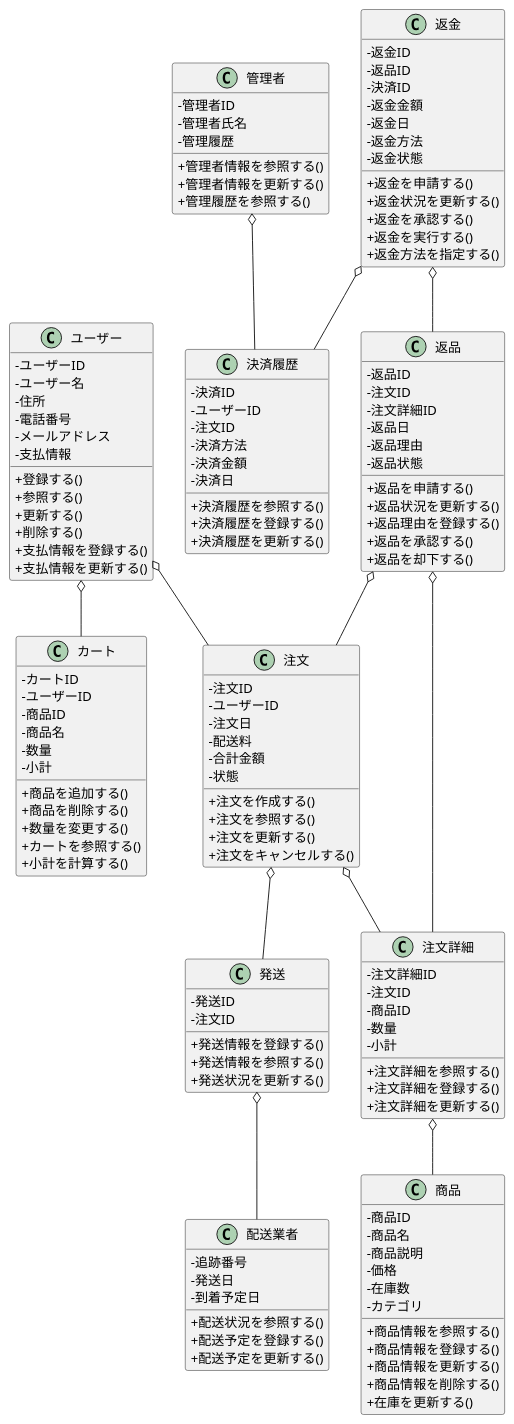
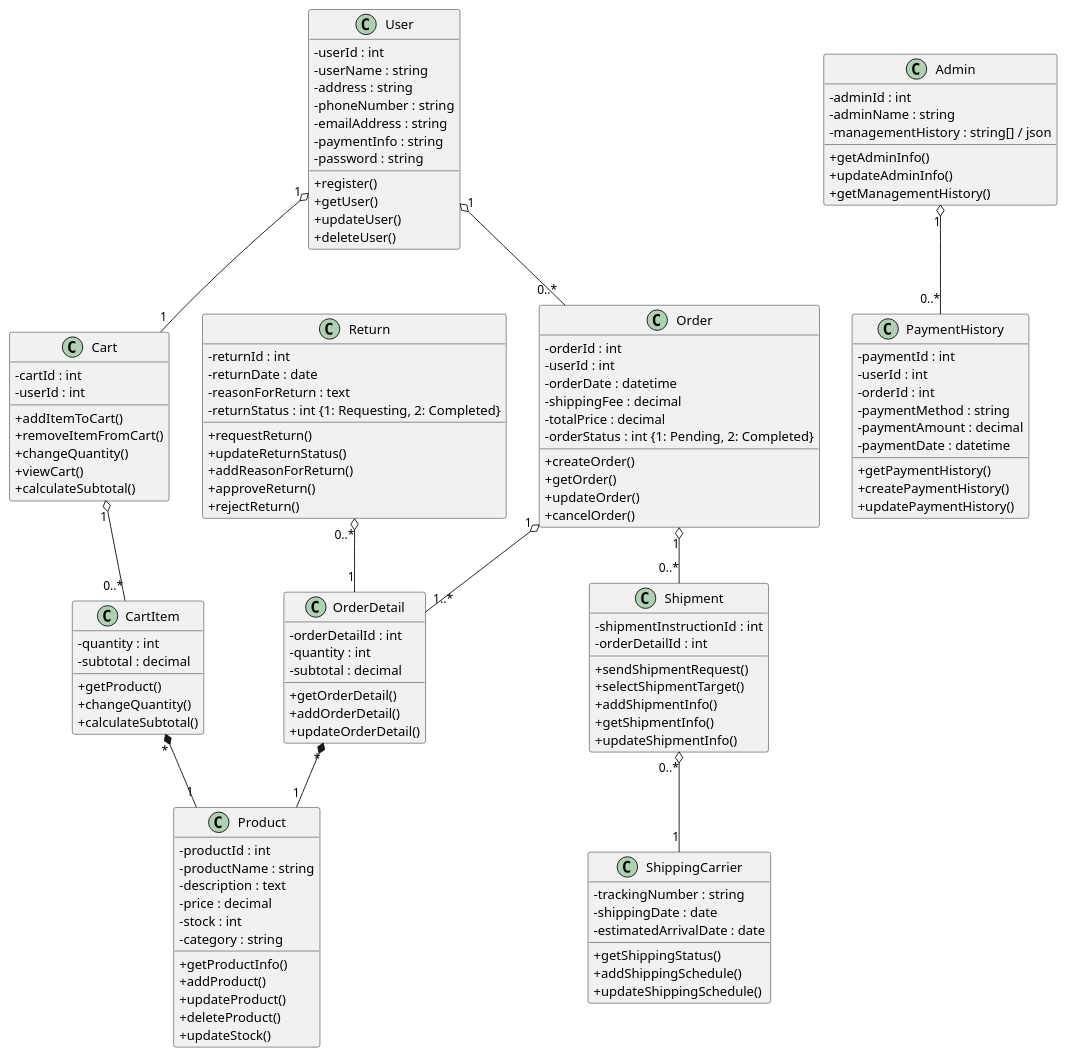
The diagram in group/bb_3_2/class.pu (oharayu/ohara_uml), drawn with PlantUML before and after one commit. The commit also changed 25 other files, not shown here.

```diff
--- a/group/bb_3_2/class.pu
+++ b/group/bb_3_2/class.pu
@@ -1,163 +1,172 @@
-@startuml 商品管理システムクラス図
+@startuml Product Management System Class Diagram
 skinparam classAttributeIconSize 0
 skinparam componentStyle rectangle
 
 ' =====================
-' 販売システム
+' Sales System
 ' =====================
-class ユーザー {
-    - ユーザーID
-    - ユーザー名
-    - 住所
-    - 電話番号
-    - メールアドレス
-    - 支払情報
-    + 登録する()
-    + 参照する()
-    + 更新する()
-    + 削除する()
-    + 支払情報を登録する()
-    + 支払情報を更新する()
+class User {
+    - userId : int
+    - userName : string
+    - address : string
+    - phoneNumber : string
+    - emailAddress : string
+    - paymentInfo : string
+    - password : string
+    + register()
+    + getUser()
+    + updateUser()
+    + deleteUser()
 }
 
-class カート {
-    - カートID
-    - ユーザーID
-    - 商品ID
-    - 商品名
-    - 数量
-    - 小計
-    + 商品を追加する()
-    + 商品を削除する()
-    + 数量を変更する()
-    + カートを参照する()
-    + 小計を計算する()
+class Cart {
+    - cartId : int
+    - userId : int
+    + addItemToCart()
+    + removeItemFromCart()
+    + changeQuantity()
+    + viewCart()
+    + calculateSubtotal()
+}
+
+class CartItem {
+    - quantity : int
+    - subtotal : decimal
+    + getProduct()
+    + changeQuantity()
+    + calculateSubtotal()
 }
 
 ' =====================
-' 管理システム
+' Management System
 ' =====================
-class 管理者 {
-    - 管理者ID
-    - 管理者氏名
-    - 管理履歴
-    + 管理者情報を参照する()
-    + 管理者情報を更新する()
-    + 管理履歴を参照する()
+class Admin {
+    - adminId : int
+    - adminName : string
+    - managementHistory : string[] / json
+    + getAdminInfo()
+    + updateAdminInfo()
+    + getManagementHistory()
 }
 
-class 決済履歴 {
-    - 決済ID
-    - ユーザーID
-    - 注文ID
-    - 決済方法
-    - 決済金額
-    - 決済日
-    + 決済履歴を参照する()
-    + 決済履歴を登録する()
-    + 決済履歴を更新する()
+class PaymentHistory {
+    - paymentId : int
+    - userId : int
+    - orderId : int
+    - paymentMethod : string
+    - paymentAmount : decimal
+    - paymentDate : datetime
+    + getPaymentHistory()
+    + createPaymentHistory()
+    + updatePaymentHistory()
 }
 
 ' =====================
-' 共通システム
+' Common System
 ' =====================
-class 商品 {
-    - 商品ID
-    - 商品名
-    - 商品説明
-    - 価格
-    - 在庫数
-    - カテゴリ
-    + 商品情報を参照する()
-    + 商品情報を登録する()
-    + 商品情報を更新する()
-    + 商品情報を削除する()
-    + 在庫を更新する()
+class Product {
+    - productId : int
+    - productName : string
+    - description : text
+    - price : decimal
+    - stock : int
+    - category : string
+    + getProductInfo()
+    + addProduct()
+    + updateProduct()
+    + deleteProduct()
+    + updateStock()
 }
 
-class 注文 {
-    - 注文ID
-    - ユーザーID
-    - 注文日
-    - 配送料
-    - 合計金額
-    - 状態
-    + 注文を作成する()
-    + 注文を参照する()
-    + 注文を更新する()
-    + 注文をキャンセルする()
+class Order {
+    - orderId : int
+    - userId : int
+    - orderDate : datetime
+    - shippingFee : decimal
+    - totalPrice : decimal
+    - orderStatus : int {1: Pending, 2: Completed}
+    + createOrder()
+    + getOrder()
+    + updateOrder()
+    + cancelOrder()
 }
 
-class 注文詳細 {
-    - 注文詳細ID
-    - 注文ID
-    - 商品ID
-    - 数量
-    - 小計
-    + 注文詳細を参照する()
-    + 注文詳細を登録する()
-    + 注文詳細を更新する()
+class OrderDetail {
+    - orderDetailId : int
+    - quantity : int
+    - subtotal : decimal
+    + getOrderDetail()
+    + addOrderDetail()
+    + updateOrderDetail()
 }
 
-class 発送 {
-    - 発送ID
-    - 注文ID
-    + 発送情報を登録する()
-    + 発送情報を参照する()
-    + 発送状況を更新する()
+class Shipment {
+    - shipmentInstructionId : int
+    - orderDetailId : int
+    + sendShipmentRequest()
+    + selectShipmentTarget()
+    + addShipmentInfo()
+    + getShipmentInfo()
+    + updateShipmentInfo()
 }
 
-class 配送業者 {
-    - 追跡番号
-    - 発送日
-    - 到着予定日
-    + 配送状況を参照する()
-    + 配送予定を登録する()
-    + 配送予定を更新する()
+class ShippingCarrier {
+    - trackingNumber : string
+    - shippingDate : date
+    - estimatedArrivalDate : date
+    + getShippingStatus()
+    + addShippingSchedule()
+    + updateShippingSchedule()
 }
 
-class 返品 {
-    - 返品ID
-    - 注文ID
-    - 注文詳細ID
-    - 返品日
-    - 返品理由
-    - 返品状態
-    + 返品を申請する()
-    + 返品状況を更新する()
-    + 返品理由を登録する()
-    + 返品を承認する()
-    + 返品を却下する()
+class Return {
+    - returnId : int
+    - returnDate : date
+    - reasonForReturn : text
+    - returnStatus : int {1: Requesting, 2: Completed}
+    + requestReturn()
+    + updateReturnStatus()
+    + addReasonForReturn()
+    + approveReturn()
+    + rejectReturn()
 }
 
-class 返金 {
-    - 返金ID
-    - 返品ID
-    - 決済ID
-    - 返金金額
-    - 返金日
-    - 返金方法
-    - 返金状態
-    + 返金を申請する()
-    + 返金状況を更新する()
-    + 返金を承認する()
-    + 返金を実行する()
-    + 返金方法を指定する()
-}
+' Refund class remains commented out
 
 ' =====================
-' 関係性
+' Relationships (Multiplicity set)
 ' =====================
-ユーザー o-- カート
-ユーザー o-- 注文
-注文 o-- 注文詳細
-注文 o-- 発送
-注文詳細 o-- 商品
-発送 o-- 配送業者
-返品 o-- 注文
-返品 o-- 注文詳細
-返金 o-- 返品
-返金 o-- 決済履歴
-管理者 o-- 決済履歴
+
+' User o-- Cart
+User "1" o-- "1" Cart
+
+' Cart o-- CartItem
+Cart "1" o-- "0..*" CartItem
+
+' CartItem *-- Product (Composition)
+CartItem "*" *-- "1" Product
+
+' User o-- Order
+User "1" o-- "0..*" Order
+
+' Order o-- OrderDetail
+Order "1" o-- "1..*" OrderDetail
+
+' Order o-- Shipment
+Order "1" o-- "0..*" Shipment
+
+' OrderDetail *-- Product (Composition)
+OrderDetail "*" *-- "1" Product
+
+' Shipment o-- ShippingCarrier
+Shipment "0..*" o-- "1" ShippingCarrier
+
+' Return o-- OrderDetail
+Return "0..*" o-- "1" OrderDetail
+
+' ' Return o-- Refund (remains commented out)
+
+' Admin o-- PaymentHistory
+Admin "1" o-- "0..*" PaymentHistory
 
 @enduml
```
